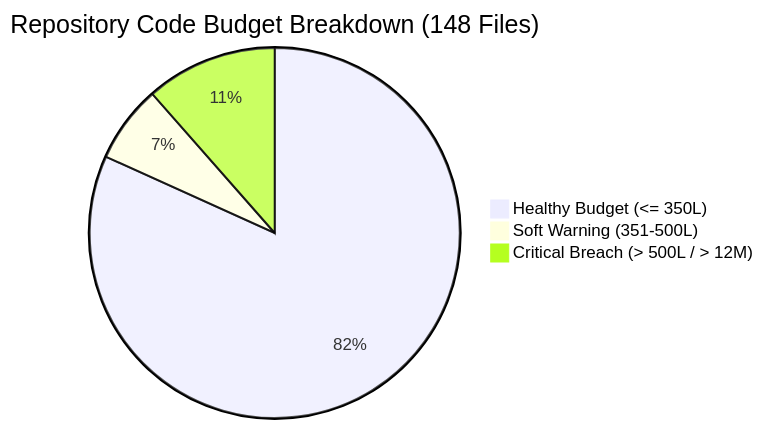
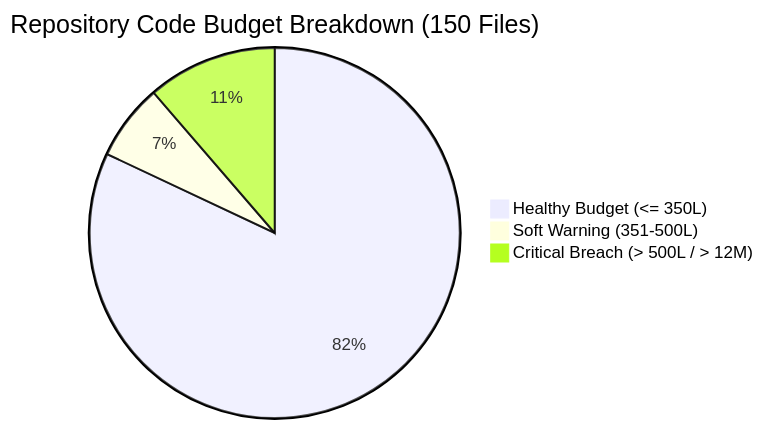
One commit to davtoh/intelligent-tracker changed the first of 2 diagrams in codebase_refactor_audit_and_roadmap.md. Above: the diagram before and after it, drawn with Mermaid. The commit also changed other lines of this file, not shown here.

````diff
--- a/codebase_refactor_audit_and_roadmap.md
+++ b/codebase_refactor_audit_and_roadmap.md
@@ -11,6 +11,6 @@
 ```mermaid
-pie title Repository Code Budget Breakdown (148 Files)
-    "Healthy Budget (<= 350L)" : 121
+pie title Repository Code Budget Breakdown (150 Files)
+    "Healthy Budget (<= 350L)" : 123
     "Soft Warning (351-500L)" : 10
     "Critical Breach (> 500L / > 12M)" : 17
 ```
````
